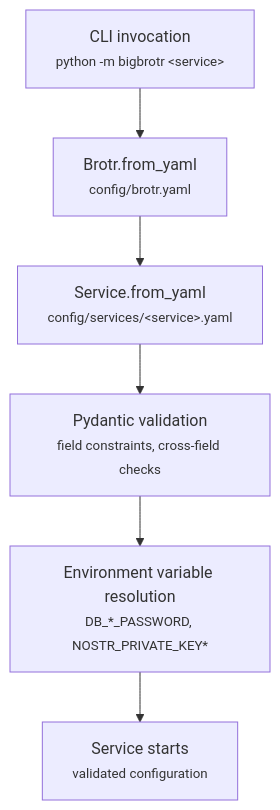
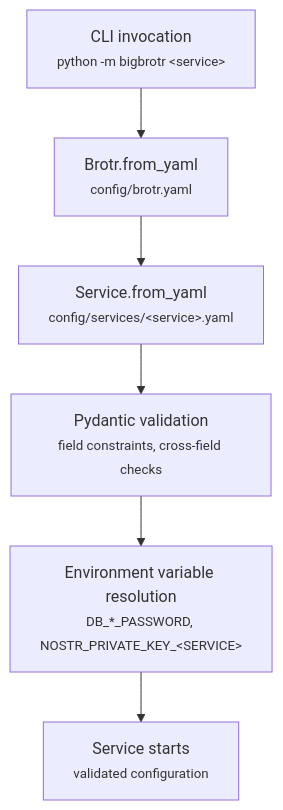
Before and after one commit to BigBrotr/bigbrotr: the diagram in docs/user-guide/configuration.md, drawn with Mermaid. The commit also changed other lines of this file and 17 other files, not shown here.

First line of the commit message:
docs: align deployment config with per-service nostr keys

````diff
--- a/docs/user-guide/configuration.md
+++ b/docs/user-guide/configuration.md
@@ -18,9 +18,9 @@
 ```mermaid
 flowchart TD
     A["CLI invocation<br/><small>python -m bigbrotr &lt;service&gt;</small>"] --> B["Brotr.from_yaml<br/><small>config/brotr.yaml</small>"]
     B --> C["Service.from_yaml<br/><small>config/services/&lt;service&gt;.yaml</small>"]
     C --> D["Pydantic validation<br/><small>field constraints, cross-field checks</small>"]
-    D --> E["Environment variable resolution<br/><small>DB_*_PASSWORD, NOSTR_PRIVATE_KEY*</small>"]
+    D --> E["Environment variable resolution<br/><small>DB_*_PASSWORD, NOSTR_PRIVATE_KEY_&lt;SERVICE&gt;</small>"]
     E --> F["Service starts<br/><small>validated configuration</small>"]
 
 ```
````
